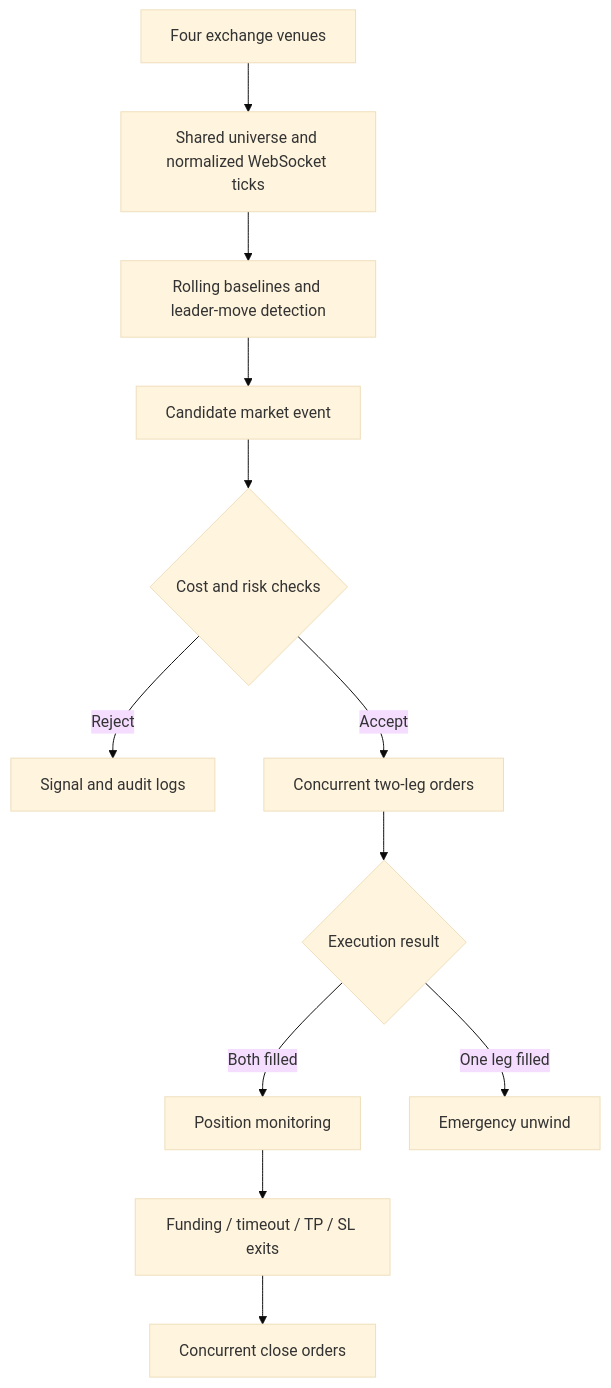
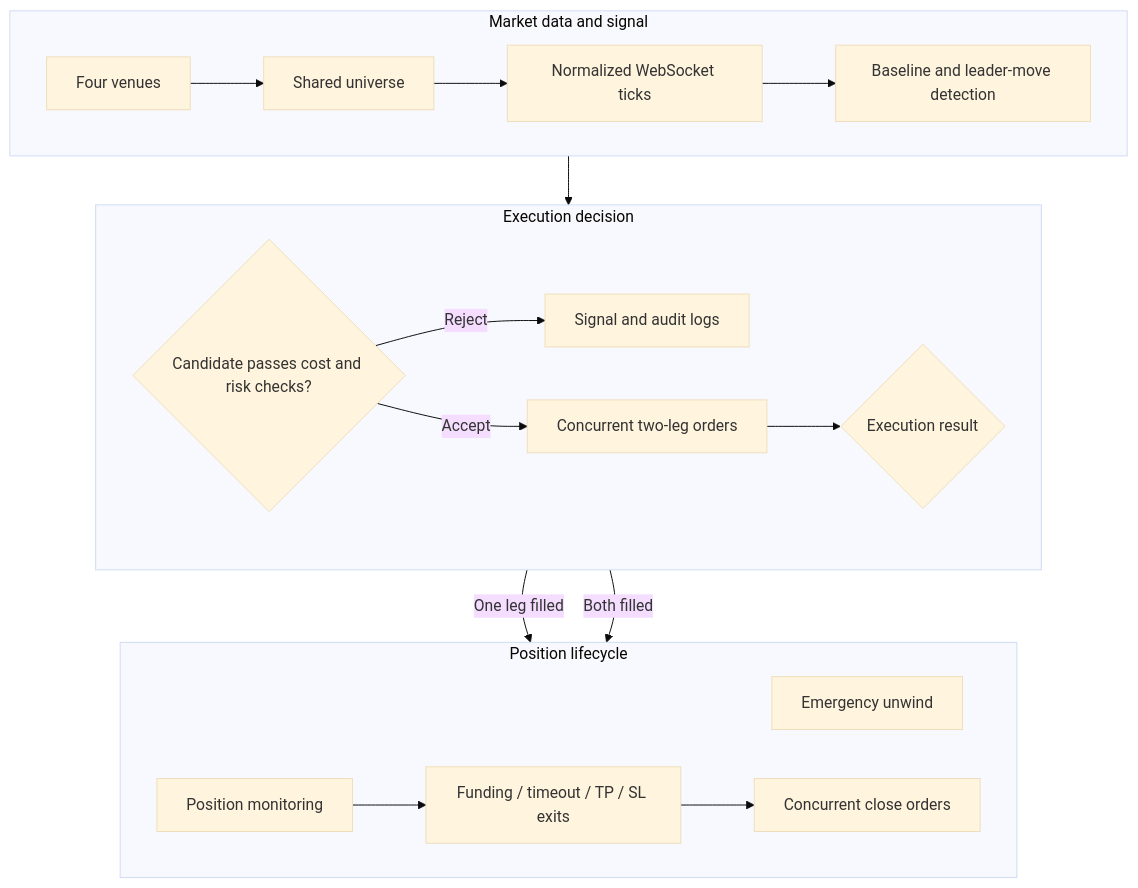
One commit to liurenchang62/cross-exchange-perpetual-swap-spread-arbitrage-system changed the diagram in README.md. Above: the diagram before and after it, drawn with Mermaid (base theme).

Commit message:
docs: balance architecture diagram layout

````diff
--- a/README.md
+++ b/README.md
@@ -20,14 +20,23 @@
 ```mermaid
 flowchart TB
-    A[Four exchange venues] --> B[Shared universe and normalized WebSocket ticks]
-    B --> C[Rolling baselines and leader-move detection]
-    C --> D[Candidate market event]
-    D --> E{Cost and risk checks}
-    E -->|Reject| F[Signal and audit logs]
-    E -->|Accept| G[Concurrent two-leg orders]
-    G --> H{Execution result}
-    H -->|Both filled| I[Position monitoring]
-    H -->|One leg filled| J[Emergency unwind]
-    I --> K[Funding / timeout / TP / SL exits]
-    K --> L[Concurrent close orders]
+    subgraph S1[Market data and signal]
+        direction LR
+        A[Four venues] --> B[Shared universe]
+        B --> C[Normalized WebSocket ticks]
+        C --> D[Baseline and leader-move detection]
+    end
+    D --> E{Candidate passes cost and risk checks?}
+    subgraph S2[Execution decision]
+        direction LR
+        E -->|Reject| F[Signal and audit logs]
+        E -->|Accept| G[Concurrent two-leg orders]
+        G --> H{Execution result}
+    end
+    subgraph S3[Position lifecycle]
+        direction LR
+        H -->|One leg filled| I[Emergency unwind]
+        H -->|Both filled| J[Position monitoring]
+        J --> K[Funding / timeout / TP / SL exits]
+        K --> L[Concurrent close orders]
+    end
 ```
````
